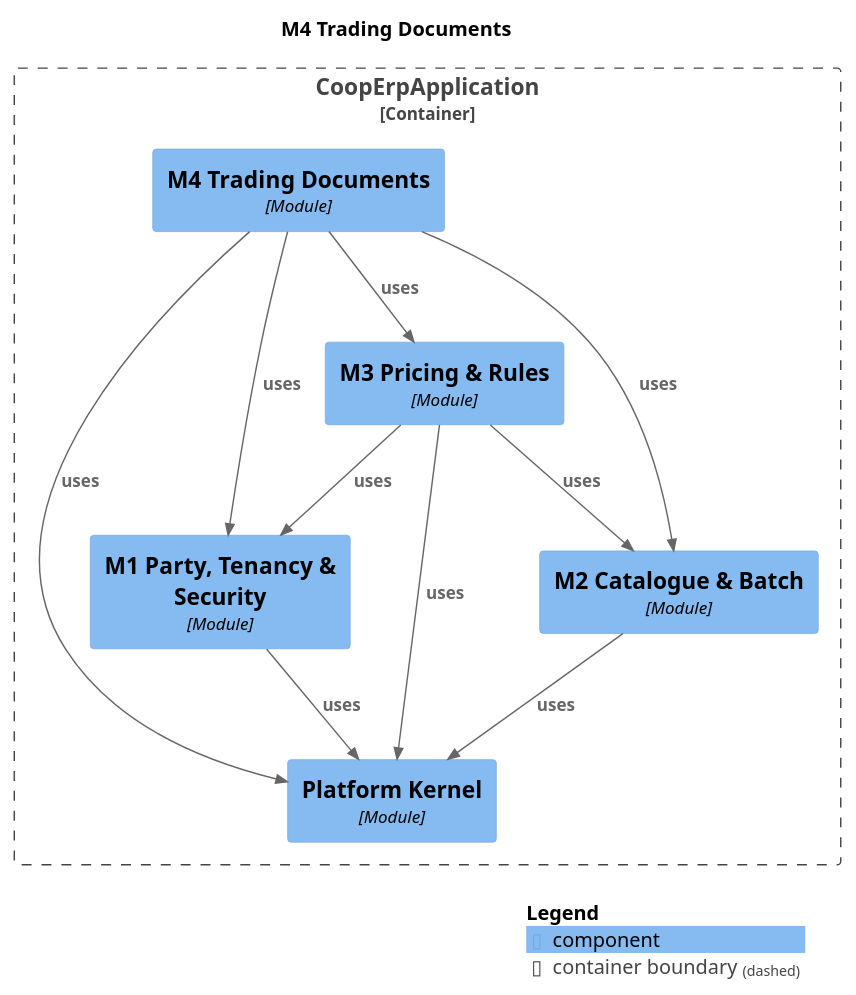
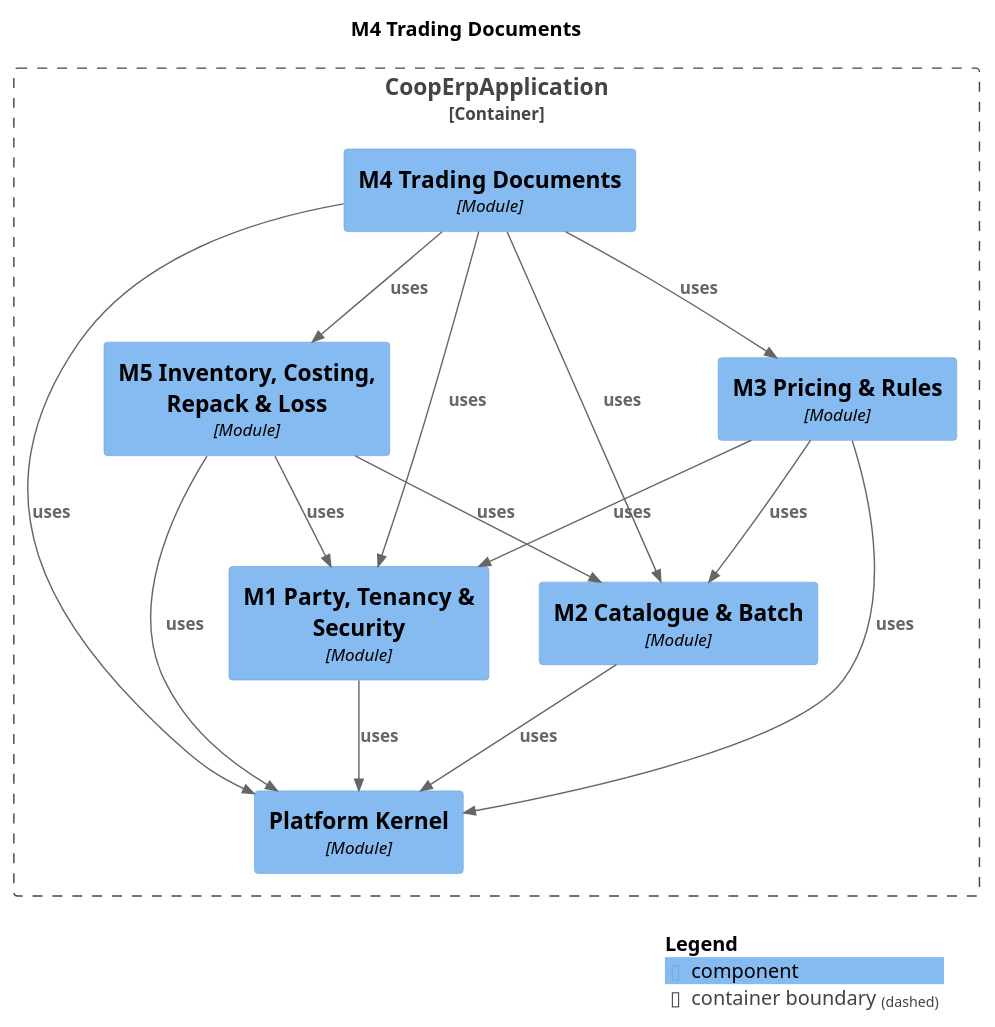
The diagram in docs/modules/module-m4trading.puml (Knoweb/COOP_ERP), drawn with PlantUML before and after one commit. The commit also changed 39 other files, not shown here.

```diff
--- a/docs/modules/module-m4trading.puml
+++ b/docs/modules/module-m4trading.puml
@@ -1,30 +1,35 @@
 @startuml
 set separator none
 title M4 Trading Documents
 
 top to bottom direction
 
 !include <C4/C4>
 !include <C4/C4_Context>
 !include <C4/C4_Component>
 
 Container_Boundary("CoopErpApplication.CoopErpApplication_boundary", "CoopErpApplication", $tags="") {
+  Component(CoopErpApplication.CoopErpApplication.M5InventoryCostingRepackLoss, "M5 Inventory, Costing, Repack & Loss", $techn="Module", $descr="", $tags="", $link="")
   Component(CoopErpApplication.CoopErpApplication.M4TradingDocuments, "M4 Trading Documents", $techn="Module", $descr="", $tags="", $link="")
   Component(CoopErpApplication.CoopErpApplication.PlatformKernel, "Platform Kernel", $techn="Module", $descr="", $tags="", $link="")
   Component(CoopErpApplication.CoopErpApplication.M1PartyTenancySecurity, "M1 Party, Tenancy & Security", $techn="Module", $descr="", $tags="", $link="")
   Component(CoopErpApplication.CoopErpApplication.M2CatalogueBatch, "M2 Catalogue & Batch", $techn="Module", $descr="", $tags="", $link="")
   Component(CoopErpApplication.CoopErpApplication.M3PricingRules, "M3 Pricing & Rules", $techn="Module", $descr="", $tags="", $link="")
 }
 
 Rel(CoopErpApplication.CoopErpApplication.M1PartyTenancySecurity, CoopErpApplication.CoopErpApplication.PlatformKernel, "uses", $techn="", $tags="", $link="")
 Rel(CoopErpApplication.CoopErpApplication.M2CatalogueBatch, CoopErpApplication.CoopErpApplication.PlatformKernel, "uses", $techn="", $tags="", $link="")
 Rel(CoopErpApplication.CoopErpApplication.M3PricingRules, CoopErpApplication.CoopErpApplication.M1PartyTenancySecurity, "uses", $techn="", $tags="", $link="")
 Rel(CoopErpApplication.CoopErpApplication.M3PricingRules, CoopErpApplication.CoopErpApplication.M2CatalogueBatch, "uses", $techn="", $tags="", $link="")
 Rel(CoopErpApplication.CoopErpApplication.M3PricingRules, CoopErpApplication.CoopErpApplication.PlatformKernel, "uses", $techn="", $tags="", $link="")
 Rel(CoopErpApplication.CoopErpApplication.M4TradingDocuments, CoopErpApplication.CoopErpApplication.M1PartyTenancySecurity, "uses", $techn="", $tags="", $link="")
 Rel(CoopErpApplication.CoopErpApplication.M4TradingDocuments, CoopErpApplication.CoopErpApplication.M2CatalogueBatch, "uses", $techn="", $tags="", $link="")
 Rel(CoopErpApplication.CoopErpApplication.M4TradingDocuments, CoopErpApplication.CoopErpApplication.M3PricingRules, "uses", $techn="", $tags="", $link="")
+Rel(CoopErpApplication.CoopErpApplication.M4TradingDocuments, CoopErpApplication.CoopErpApplication.M5InventoryCostingRepackLoss, "uses", $techn="", $tags="", $link="")
 Rel(CoopErpApplication.CoopErpApplication.M4TradingDocuments, CoopErpApplication.CoopErpApplication.PlatformKernel, "uses", $techn="", $tags="", $link="")
+Rel(CoopErpApplication.CoopErpApplication.M5InventoryCostingRepackLoss, CoopErpApplication.CoopErpApplication.M1PartyTenancySecurity, "uses", $techn="", $tags="", $link="")
+Rel(CoopErpApplication.CoopErpApplication.M5InventoryCostingRepackLoss, CoopErpApplication.CoopErpApplication.M2CatalogueBatch, "uses", $techn="", $tags="", $link="")
+Rel(CoopErpApplication.CoopErpApplication.M5InventoryCostingRepackLoss, CoopErpApplication.CoopErpApplication.PlatformKernel, "uses", $techn="", $tags="", $link="")
 
 SHOW_LEGEND(true)
 @enduml
```
